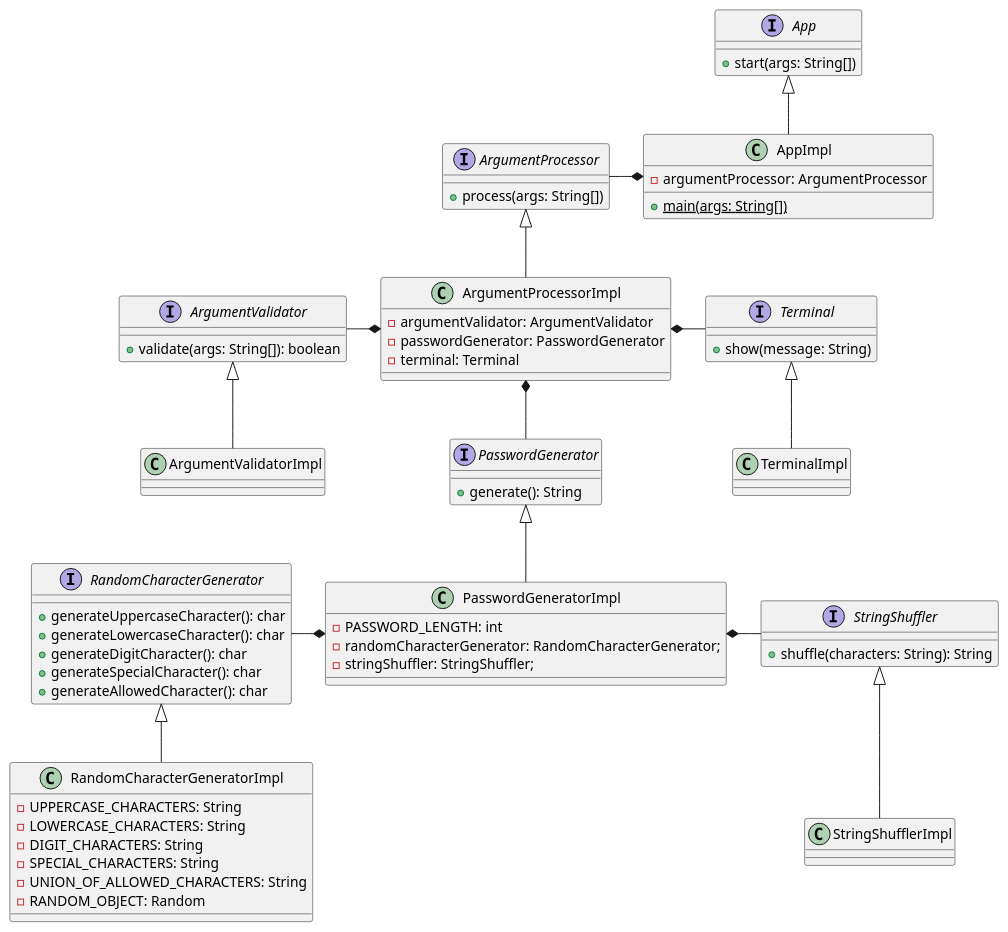
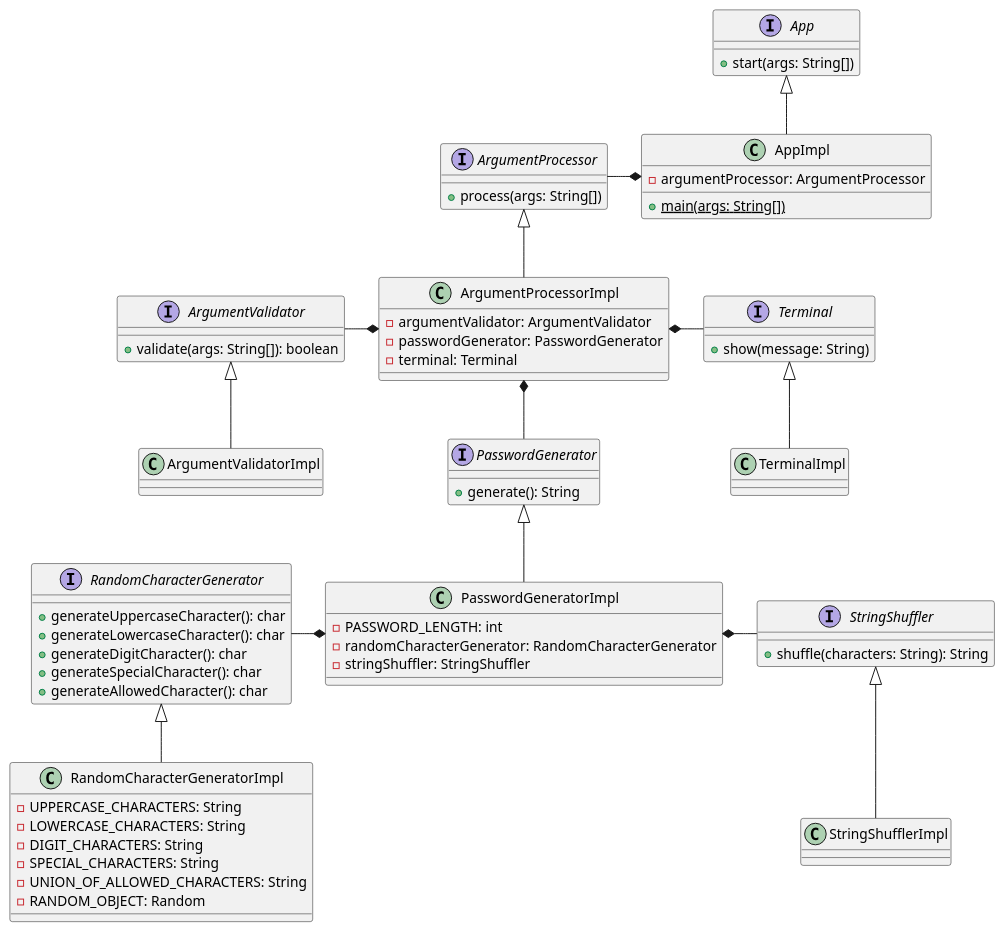
Before and after one commit to djvelimir/demo-java-cli: the diagram in diagrams/Class.puml, drawn with PlantUML. The commit also changed 2 other files, not shown here.

Commit message:
Update diagrams

```diff
--- a/diagrams/Class.puml
+++ b/diagrams/Class.puml
@@ -1,87 +1,85 @@
-@startuml
-'https://plantuml.com/class-diagram
-
+@startuml Class
 interface App {
     + start(args: String[])
 }
 
 class AppImpl {
     - argumentProcessor: ArgumentProcessor
     + {static} main(args: String[])
 }
 
 interface ArgumentValidator {
     + validate(args: String[]): boolean
 }
 
 class ArgumentValidatorImpl {
 }
 
 interface ArgumentProcessor {
     + process(args: String[])
 }
 
 class ArgumentProcessorImpl {
     - argumentValidator: ArgumentValidator
     - passwordGenerator: PasswordGenerator
     - terminal: Terminal
 }
 
 interface Terminal {
     + show(message: String)
 }
 
 class TerminalImpl {
 }
 
 interface PasswordGenerator {
     + generate(): String
 }
 
 class PasswordGeneratorImpl {
     - PASSWORD_LENGTH: int
-    - randomCharacterGenerator: RandomCharacterGenerator;
-    - stringShuffler: StringShuffler;
+    - randomCharacterGenerator: RandomCharacterGenerator
+    - stringShuffler: StringShuffler
 }
 
 interface RandomCharacterGenerator {
     + generateUppercaseCharacter(): char
     + generateLowercaseCharacter(): char
     + generateDigitCharacter(): char
     + generateSpecialCharacter(): char
     + generateAllowedCharacter(): char
 }
 
 class RandomCharacterGeneratorImpl {
     - UPPERCASE_CHARACTERS: String
     - LOWERCASE_CHARACTERS: String
     - DIGIT_CHARACTERS: String
     - SPECIAL_CHARACTERS: String
     - UNION_OF_ALLOWED_CHARACTERS: String
     - RANDOM_OBJECT: Random
 }
 
 interface StringShuffler {
     + shuffle(characters: String): String
 }
 
 class StringShufflerImpl {
 }
 
 ArgumentValidator <|-- ArgumentValidatorImpl
 ArgumentProcessor <|-- ArgumentProcessorImpl
 Terminal <|-- TerminalImpl
 PasswordGenerator <|-- PasswordGeneratorImpl
 RandomCharacterGenerator <|-- RandomCharacterGeneratorImpl
 StringShuffler <|-- StringShufflerImpl
 App <|-- AppImpl
 
 AppImpl *--l ArgumentProcessor
 
 ArgumentProcessorImpl *--l ArgumentValidator
 ArgumentProcessorImpl *--d PasswordGenerator
 ArgumentProcessorImpl *--r Terminal
 
 PasswordGeneratorImpl *--l RandomCharacterGenerator
 PasswordGeneratorImpl *--r StringShuffler
 @enduml
```
